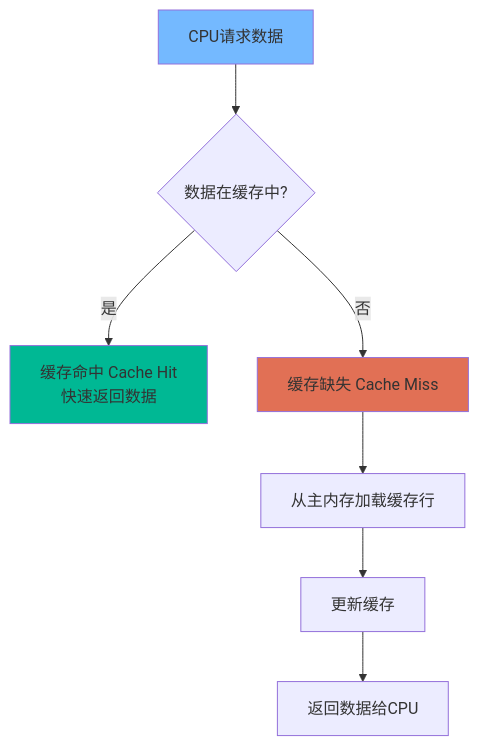
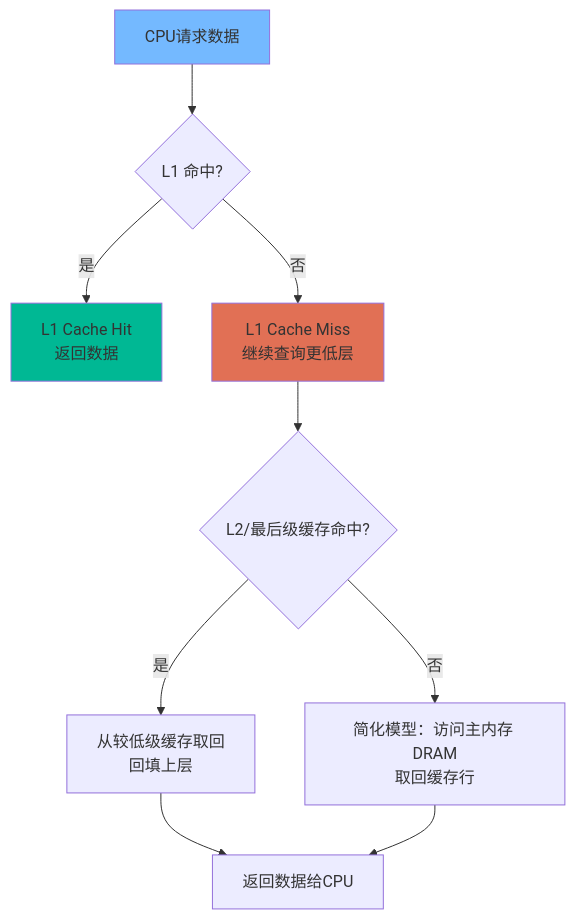
Before and after one commit to mlbo/cpp_learning: the third of 7 diagrams in week_04/day_26/README.md, drawn with Mermaid. The commit also changed other lines of this file and 675 other files, not shown here.

````diff
--- a/week_04/day_26/README.md
+++ b/week_04/day_26/README.md
@@ -68,13 +70,15 @@
 ```mermaid
 flowchart TD
-    A[CPU请求数据] --> B{数据在缓存中?}
-    B -->|是| C["缓存命中 Cache Hit<br/>快速返回数据"]
-    B -->|否| D[缓存缺失 Cache Miss]
-    D --> E[从主内存加载缓存行]
-    E --> F[更新缓存]
-    F --> G[返回数据给CPU]
+    A[CPU请求数据] --> B{L1 命中?}
+    B -->|是| C["L1 Cache Hit<br/>返回数据"]
+    B -->|否| D["L1 Cache Miss<br/>继续查询更低层"]
+    D --> E{L2/最后级缓存命中?}
+    E -->|是| F["从较低级缓存取回<br/>回填上层"]
+    E -->|否| G["简化模型：访问主内存 DRAM<br/>取回缓存行"]
+    F --> H[返回数据给CPU]
+    G --> H
     
     style C fill:#00b894
     style D fill:#e17055
     style A fill:#74b9ff
 ```
````
